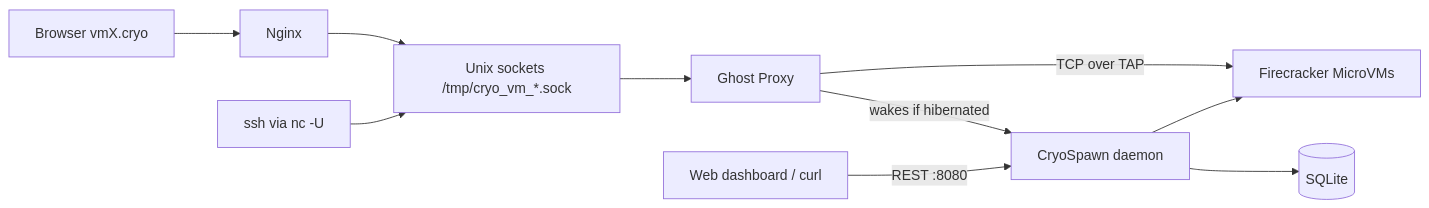
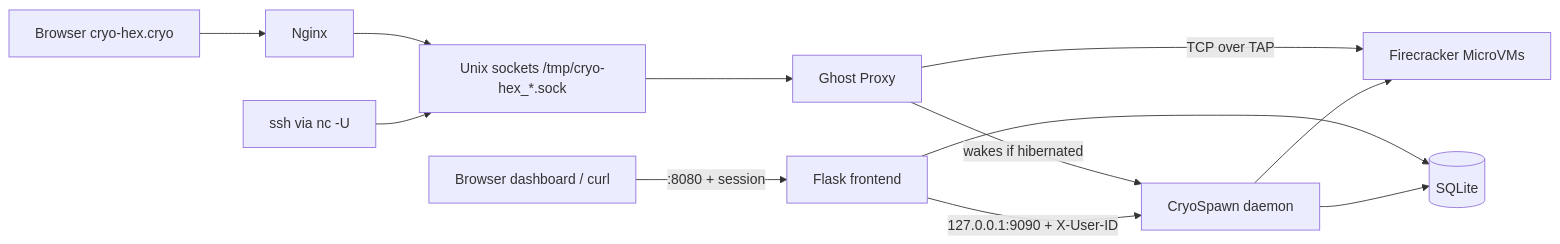
Before and after one commit to NirjharDebnath/CryoSpawn: the diagram in README.md, drawn with Mermaid. The commit also changed other lines of this file and 9 other files, not shown here.

First line of the commit message:
docs: update docs and site for Flask frontend, UUIDs and auth

````diff
--- a/README.md
+++ b/README.md
@@ -16,12 +18,14 @@
 ```mermaid
 flowchart LR
-    UI[Web dashboard / curl] -->|REST :8080| D[CryoSpawn daemon]
-    Browser[Browser vmX.cryo] --> N[Nginx]
+    UI[Browser dashboard / curl] -->|":8080 + session"| FL[Flask frontend]
+    FL -->|"127.0.0.1:9090 + X-User-ID"| D[CryoSpawn daemon]
+    Browser[Browser cryo-hex.cryo] --> N[Nginx]
     SSH[ssh via nc -U] --> S
-    N --> S[Unix sockets /tmp/cryo_vm_*.sock]
+    N --> S[Unix sockets /tmp/cryo-hex_*.sock]
     S --> G[Ghost Proxy]
     G -->|wakes if hibernated| D
     D --> F[Firecracker MicroVMs]
     D --> DB[(SQLite)]
+    FL --> DB
     G -->|TCP over TAP| F
 ```
````
